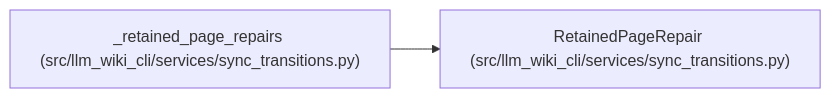
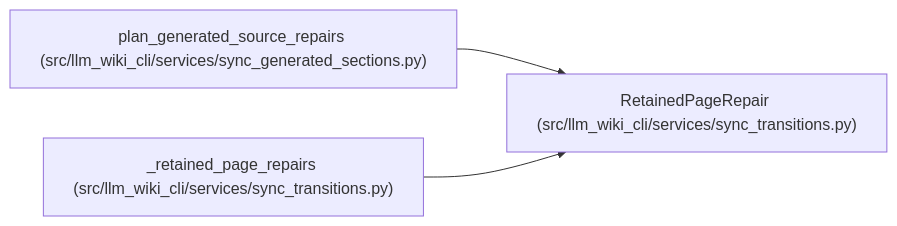
One commit to Denissvgn/python-wiki-llm changed the diagram in docs/llm_wiki/entities/RetainedPageRepair.md. Above: the diagram before and after it, drawn with Mermaid. The commit also changed other lines of this file and 370 other files, not shown here.

Commit message:
docs(wiki): Document source-grounded retained section repairs

````diff
--- a/docs/llm_wiki/entities/RetainedPageRepair.md
+++ b/docs/llm_wiki/entities/RetainedPageRepair.md
@@ -30,8 +31,11 @@
 ```mermaid
 flowchart LR
     n0["RetainedPageRepair (src/llm_wiki_cli/services/sync_transitions.py)"]
-    n1["_retained_page_repairs (src/llm_wiki_cli/services/sync_transitions.py)"]
+    n1["plan_generated_source_repairs (src/llm_wiki_cli/services/sync_generated_sections.py)"]
+    n2["_retained_page_repairs (src/llm_wiki_cli/services/sync_transitions.py)"]
     n1 --> n0
+    n2 --> n0
     click n0 "../modules/sync_transitions.md"
-    click n1 "../modules/sync_transitions.md"
+    click n1 "../modules/sync_generated_sections.md"
+    click n2 "../modules/sync_transitions.md"
 ```
````
